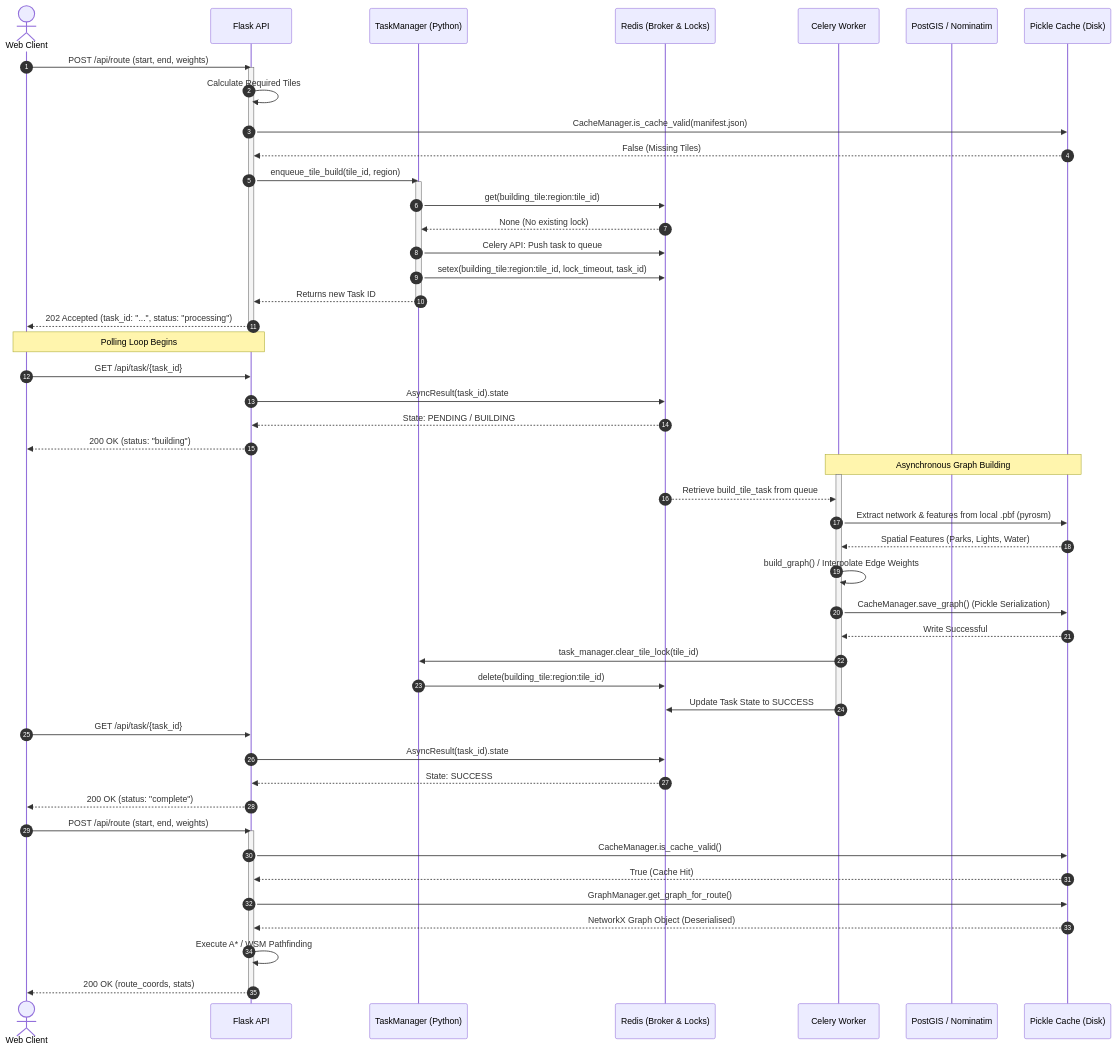
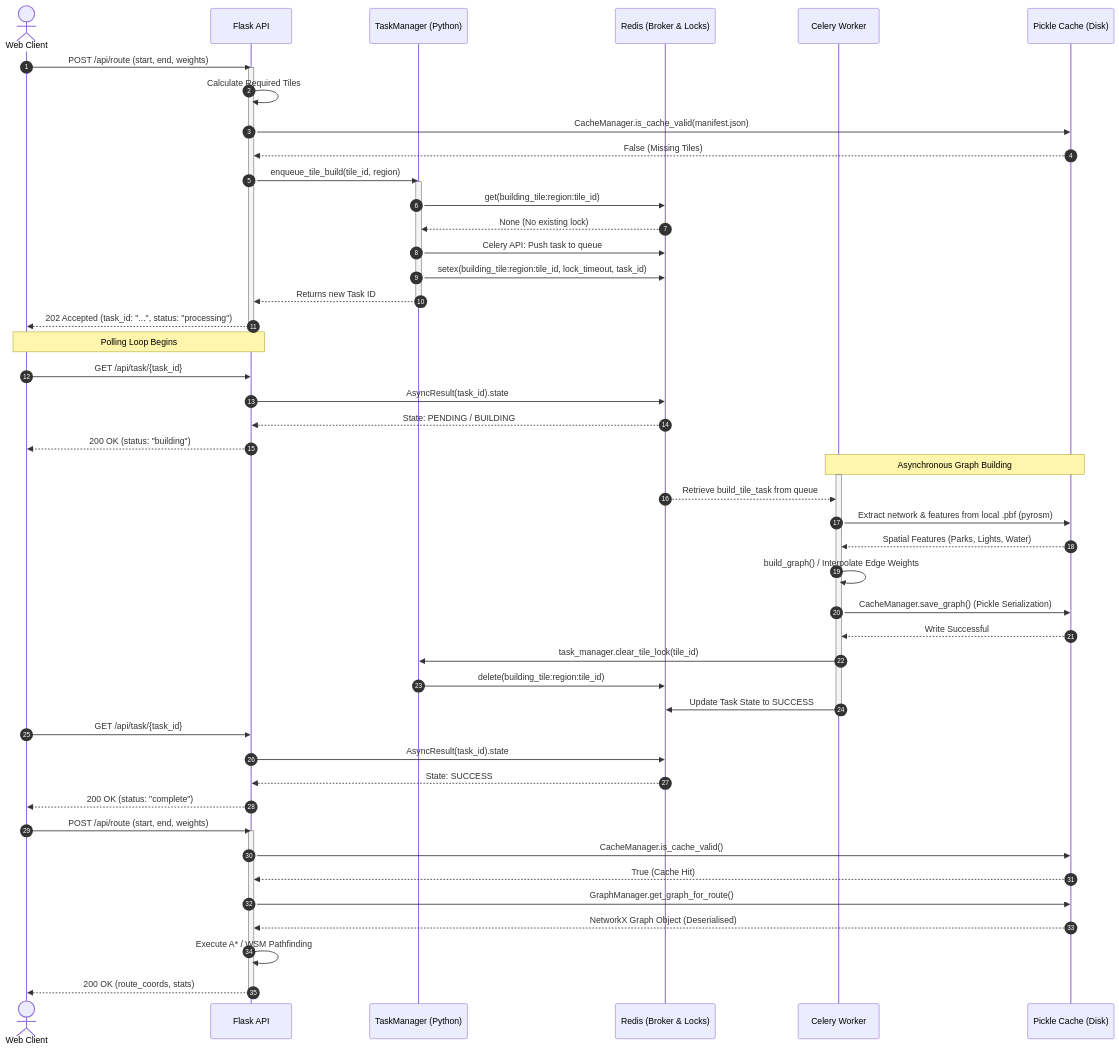
The diagram in docs/report_diagrams/5_async_sequence_diagram.md (Chimpyr/pathfinder-project), drawn with Mermaid before and after one commit. The commit also changed other lines of this file and 21 other files, not shown here.

Commit message:
diagram updates

````diff
--- a/docs/report_diagrams/5_async_sequence_diagram.md
+++ b/docs/report_diagrams/5_async_sequence_diagram.md
@@ -5,69 +5,68 @@
 ```mermaid
 sequenceDiagram
     autonumber
-    
+
     actor Client as Web Client
     participant Flask as Flask API
     participant TaskManager as TaskManager (Python)
     participant Redis as Redis (Broker & Locks)
     participant Celery as Celery Worker
-    participant PostGIS as PostGIS / Nominatim
     participant Disk as Pickle Cache (Disk)
-    
+
     %% Initial Request Phase
     Client->>Flask: POST /api/route (start, end, weights)
     activate Flask
     Flask->>Flask: Calculate Required Tiles
     Flask->>Disk: CacheManager.is_cache_valid(manifest.json)
     Disk-->>Flask: False (Missing Tiles)
-    
+
     %% Enqueue Tasks Phase with Locks
     Flask->>TaskManager: enqueue_tile_build(tile_id, region)
     activate TaskManager
     TaskManager->>Redis: get(building_tile:region:tile_id)
     Redis-->>TaskManager: None (No existing lock)
     TaskManager->>Redis: Celery API: Push task to queue
     TaskManager->>Redis: setex(building_tile:region:tile_id, lock_timeout, task_id)
     TaskManager-->>Flask: Returns new Task ID
     deactivate TaskManager
-    
+
     Flask-->>Client: 202 Accepted (task_id: "...", status: "processing")
     deactivate Flask
-    
+
     %% Async Processing Phase & Polling
     note over Client, Flask: Polling Loop Begins
     Client->>Flask: GET /api/task/{task_id}
     Flask->>Redis: AsyncResult(task_id).state
     Redis-->>Flask: State: PENDING / BUILDING
     Flask-->>Client: 200 OK (status: "building")
-    
+
     note over Celery, Disk: Asynchronous Graph Building
     activate Celery
     Redis-->>Celery: Retrieve build_tile_task from queue
     Celery->>Disk: Extract network & features from local .pbf (pyrosm)
     Disk-->>Celery: Spatial Features (Parks, Lights, Water)
     Celery->>Celery: build_graph() / Interpolate Edge Weights
     Celery->>Disk: CacheManager.save_graph() (Pickle Serialization)
     Disk-->>Celery: Write Successful
     Celery->>TaskManager: task_manager.clear_tile_lock(tile_id)
     TaskManager->>Redis: delete(building_tile:region:tile_id)
     Celery->>Redis: Update Task State to SUCCESS
     deactivate Celery
-    
+
     %% Completion Polling
     Client->>Flask: GET /api/task/{task_id}
     Flask->>Redis: AsyncResult(task_id).state
     Redis-->>Flask: State: SUCCESS
     Flask-->>Client: 200 OK (status: "complete")
-    
+
     %% Final Route Request
     Client->>Flask: POST /api/route (start, end, weights)
     activate Flask
     Flask->>Disk: CacheManager.is_cache_valid()
     Disk-->>Flask: True (Cache Hit)
     Flask->>Disk: GraphManager.get_graph_for_route()
     Disk-->>Flask: NetworkX Graph Object (Deserialised)
     Flask->>Flask: Execute A* / WSM Pathfinding
     Flask-->>Client: 200 OK (route_coords, stats)
     deactivate Flask
 ```
````
